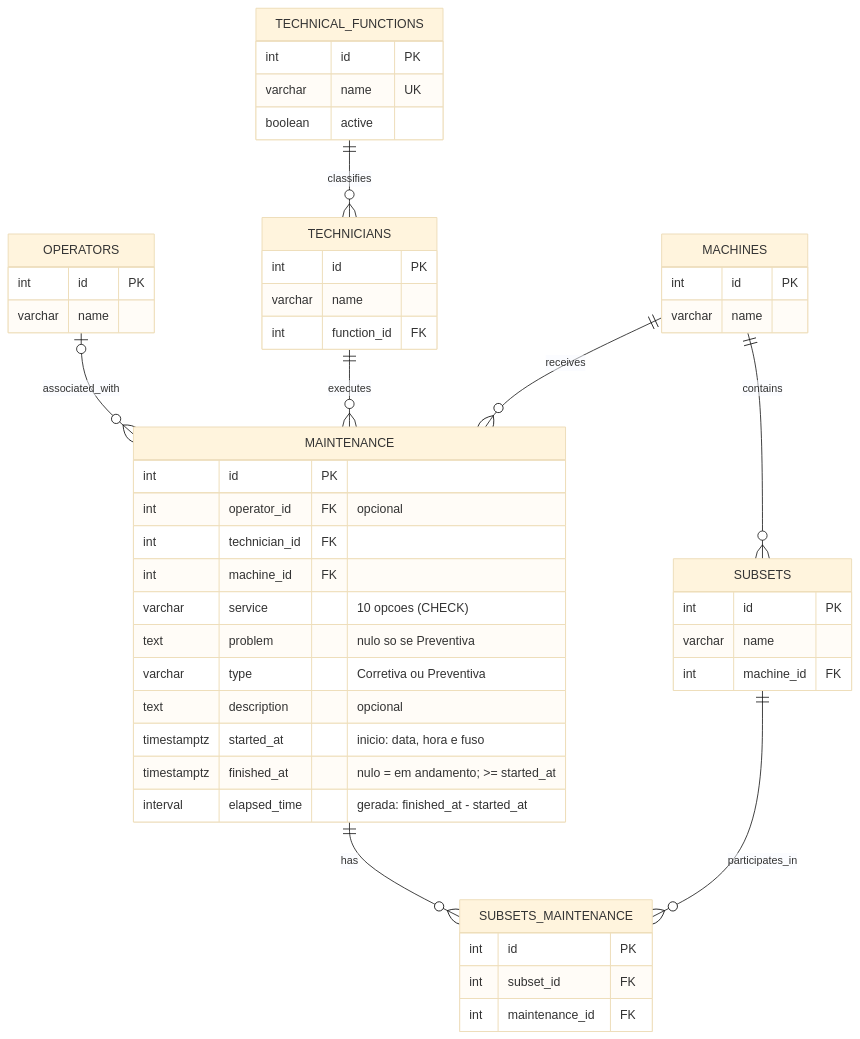
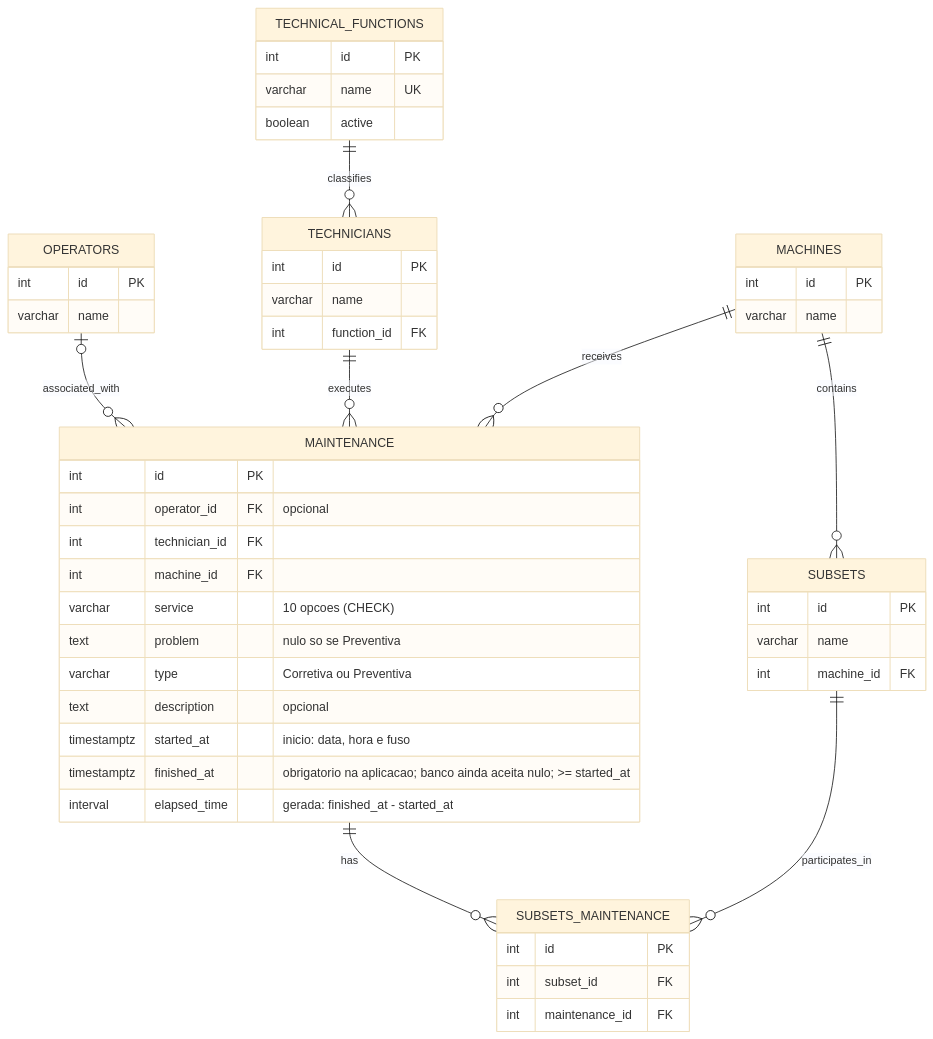
The diagram in CLAUDE.md (hrslv-dev/cmms-project), drawn with Mermaid (base theme) before and after one commit. The commit also changed other lines of this file and 2 other files, not shown here.

First line of the commit message:
Exige manutenção encerrada no model e documenta alinhamento pendente do banco

````diff
--- a/CLAUDE.md
+++ b/CLAUDE.md
@@ -115,52 +115,52 @@
 ```mermaid
 erDiagram
     TECHNICAL_FUNCTIONS ||--o{ TECHNICIANS : classifies
     OPERATORS |o--o{ MAINTENANCE : associated_with
     TECHNICIANS ||--o{ MAINTENANCE : executes
     MACHINES ||--o{ MAINTENANCE : receives
     MACHINES ||--o{ SUBSETS : contains
     MAINTENANCE ||--o{ SUBSETS_MAINTENANCE : has
     SUBSETS ||--o{ SUBSETS_MAINTENANCE : participates_in
 
     TECHNICAL_FUNCTIONS {
         int id PK
         varchar name UK
         boolean active
     }
     TECHNICIANS {
         int id PK
         varchar name
         int function_id FK
     }
     OPERATORS {
         int id PK
         varchar name
     }
     MACHINES {
         int id PK
         varchar name
     }
     SUBSETS {
         int id PK
         varchar name
         int machine_id FK
     }
     MAINTENANCE {
         int id PK
         int operator_id FK "opcional"
         int technician_id FK
         int machine_id FK
         varchar service "10 opcoes (CHECK)"
         text problem "nulo so se Preventiva"
         varchar type "Corretiva ou Preventiva"
         text description "opcional"
         timestamptz started_at "inicio: data, hora e fuso"
-        timestamptz finished_at "nulo = em andamento; >= started_at"
+        timestamptz finished_at "obrigatorio na aplicacao; banco ainda aceita nulo; >= started_at"
         interval elapsed_time "gerada: finished_at - started_at"
     }
     SUBSETS_MAINTENANCE {
         int id PK
         int subset_id FK
         int maintenance_id FK
     }
 ```
````
